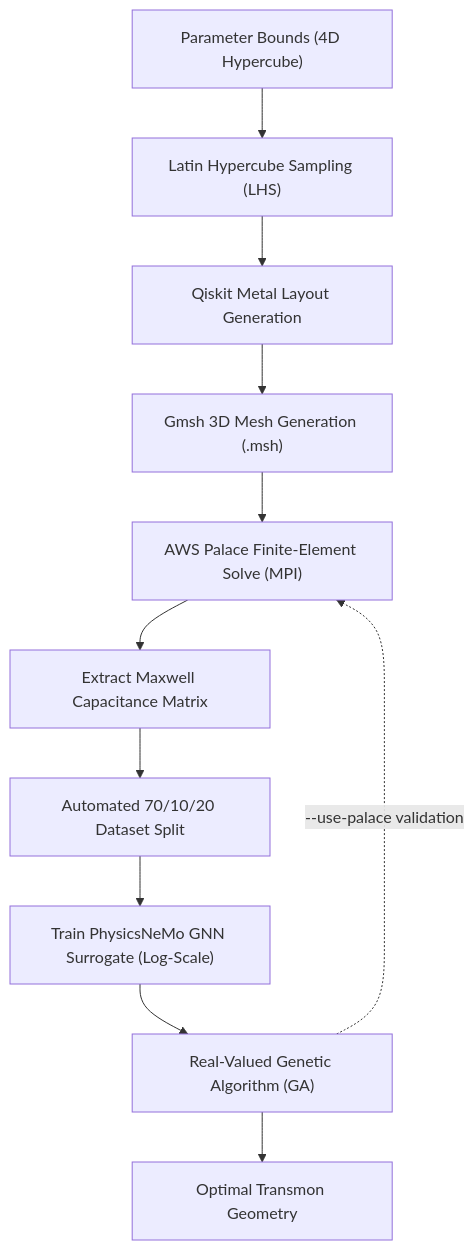
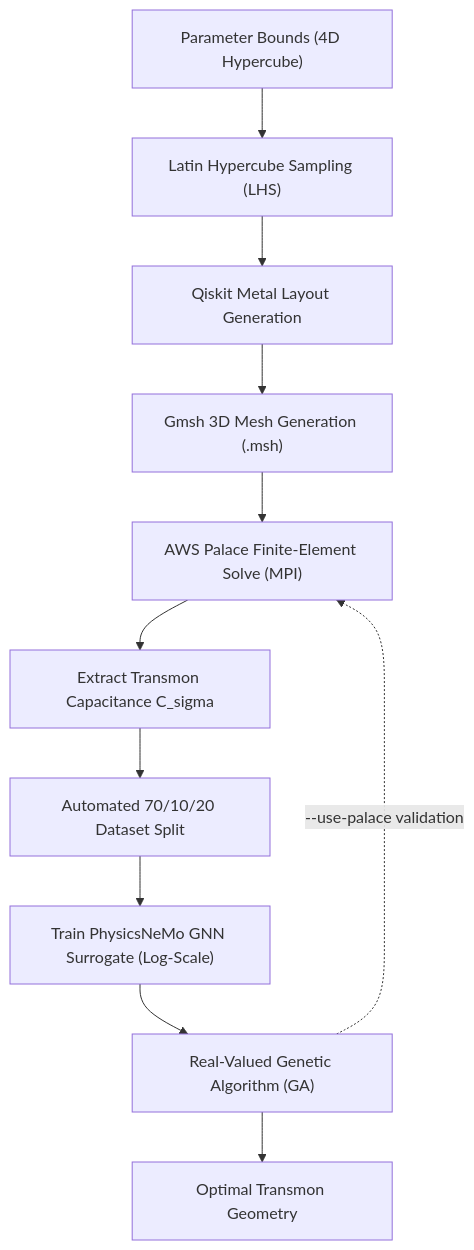
Before and after one commit to recursion2612/metal-flow: the diagram in Opt/Quantum_Opt_Pipeline/README.md, drawn with Mermaid. The commit also changed other lines of this file and 6 other files, not shown here.

````diff
--- a/Opt/Quantum_Opt_Pipeline/README.md
+++ b/Opt/Quantum_Opt_Pipeline/README.md
@@ -34,13 +34,13 @@
 ```mermaid
 flowchart TD
     A["Parameter Bounds (4D Hypercube)"] --> B["Latin Hypercube Sampling (LHS)"]
     B --> C["Qiskit Metal Layout Generation"]
     C --> D["Gmsh 3D Mesh Generation (.msh)"]
     D --> E["AWS Palace Finite-Element Solve (MPI)"]
-    E --> F["Extract Maxwell Capacitance Matrix"]
+    E --> F["Extract Transmon Capacitance C_sigma"]
     F --> G["Automated 70/10/20 Dataset Split"]
     G --> H["Train PhysicsNeMo GNN Surrogate (Log-Scale)"]
     H --> I["Real-Valued Genetic Algorithm (GA)"]
     I --> J["Optimal Transmon Geometry"]
     I -.->|"--use-palace validation"| E
 ```
````
